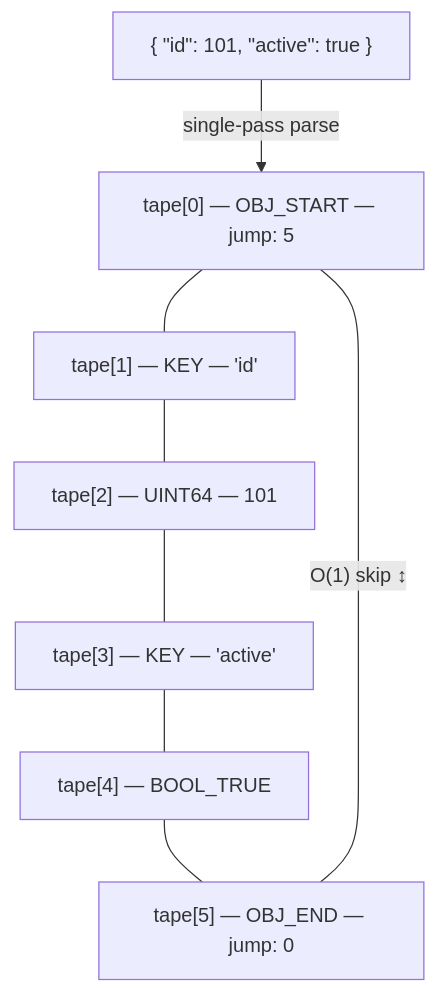
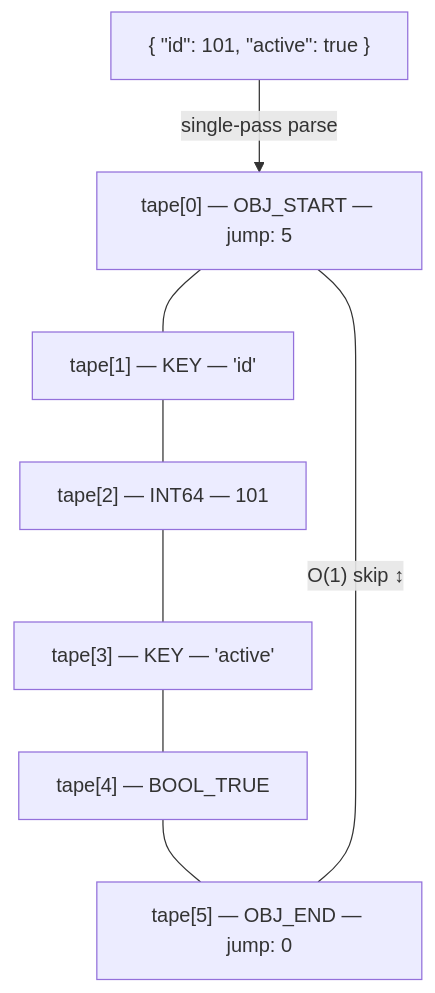
Before and after one commit to the-lkb/beast-json: the fourth of 8 diagrams in docs/theory/architecture.md, drawn with Mermaid. The commit also changed other lines of this file, not shown here.

First line of the commit message:
docs: complete rewrite of architecture page as proprietary Lazy Tape DOM design

````diff
--- a/docs/theory/architecture.md
+++ b/docs/theory/architecture.md
@@ -109,15 +200,15 @@
 ```mermaid
 flowchart TB
     JSON["{ #quot;id#quot;: 101, #quot;active#quot;: true }"]
     JSON -->|"single-pass parse"| T0
 
     T0["tape[0] — OBJ_START — jump: 5"]
     T1["tape[1] — KEY — 'id'"]
-    T2["tape[2] — UINT64 — 101"]
+    T2["tape[2] — INT64 — 101"]
     T3["tape[3] — KEY — 'active'"]
     T4["tape[4] — BOOL_TRUE"]
     T5["tape[5] — OBJ_END — jump: 0"]
 
     T0 --- T1 --- T2 --- T3 --- T4 --- T5
     T0 ---|"O(1) skip ↕"| T5
 ```
````
